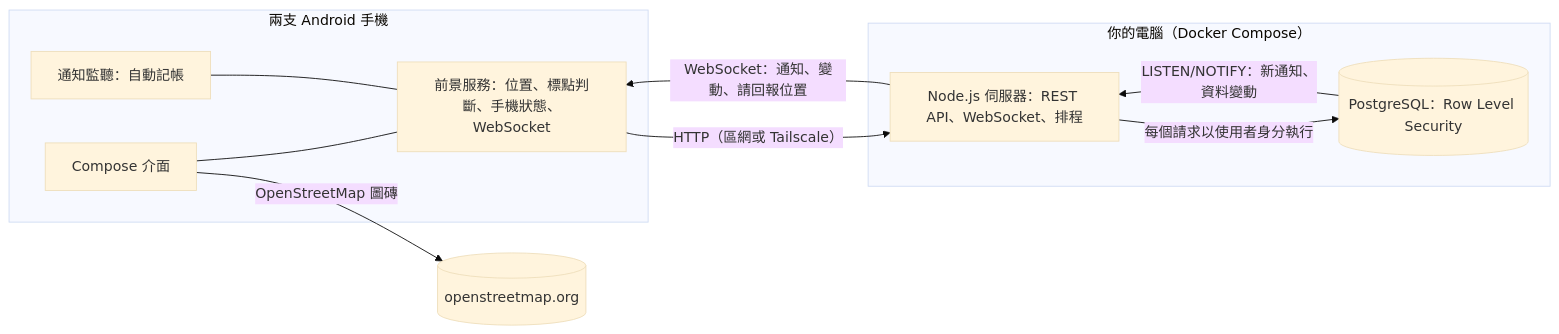
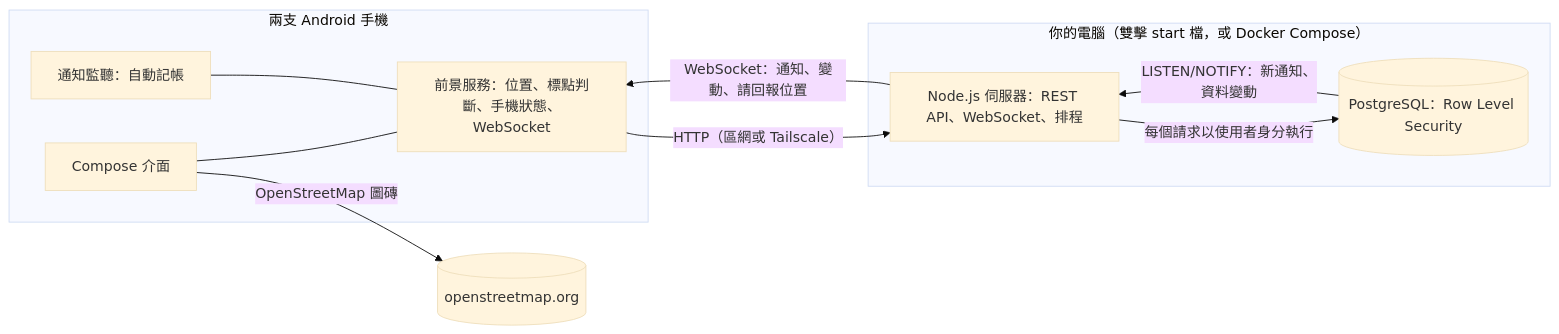
The diagram in docs/DESIGN.md (FalseEnd/Claude), drawn with Mermaid (base theme) before and after one commit. The commit also changed other lines of this file and 21 other files, not shown here.

First line of the commit message:
Add a no-Docker way to run the server: double-click start files

````diff
--- a/docs/DESIGN.md
+++ b/docs/DESIGN.md
@@ -199,16 +199,16 @@
 ```mermaid
 flowchart LR
   subgraph Phones["兩支 Android 手機"]
     UI[Compose 介面] --- SVC[前景服務：位置、標點判斷、手機狀態、WebSocket]
     NL[通知監聽：自動記帳] --- SVC
   end
-  subgraph PC["你的電腦（Docker Compose）"]
+  subgraph PC["你的電腦（雙擊 start 檔，或 Docker Compose）"]
     API[Node.js 伺服器：REST API、WebSocket、排程]
     DB[(PostgreSQL：Row Level Security)]
   end
   SVC -- HTTP（區網或 Tailscale） --> API
   API -- 每個請求以使用者身分執行 --> DB
   DB -- LISTEN/NOTIFY：新通知、資料變動 --> API
   API -- WebSocket：通知、變動、請回報位置 --> SVC
   UI -- OpenStreetMap 圖磚 --> OSM[(openstreetmap.org)]
 ```
````
